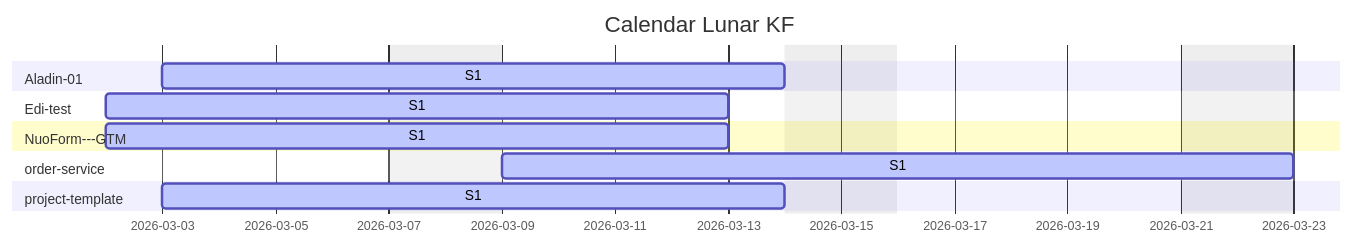
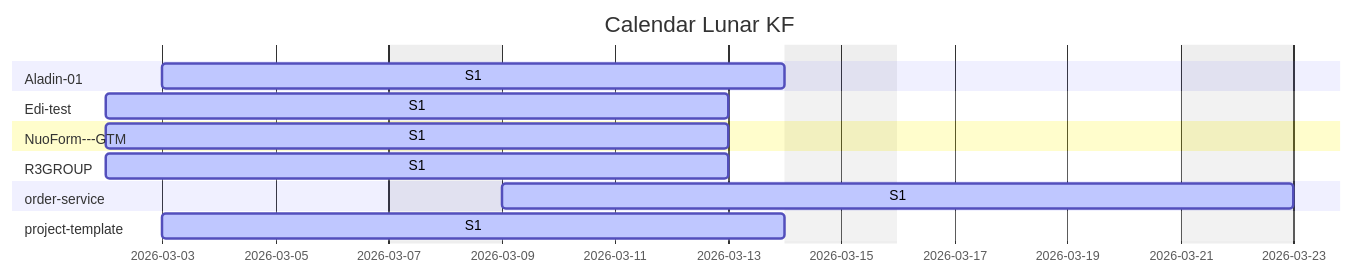
One commit to Katty-Fashion/kf-cpto changed the second of 2 diagrams in docs/unified-calendar.md. Above: the diagram before and after it, drawn with Mermaid. The commit also changed other lines of this file and 9 other files, not shown here.

````diff
--- a/docs/unified-calendar.md
+++ b/docs/unified-calendar.md
@@ -22,17 +22,19 @@
 ```mermaid
 gantt
     title Calendar Lunar KF
     dateFormat YYYY-MM-DD
     excludes weekends
 
     section Aladin-01
     S1 :active, 2026-03-03, 2026-03-14
     section Edi-test
     S1 :active, 2026-03-02, 2026-03-13
     section NuoForm---GTM
     S1 :active, 2026-03-02, 2026-03-13
+    section R3GROUP
+    S1 :active, 2026-03-02, 2026-03-13
     section order-service
     S1 :active, 2026-03-09, 2026-03-23
     section project-template
     S1 :active, 2026-03-03, 2026-03-14
 ```
````
